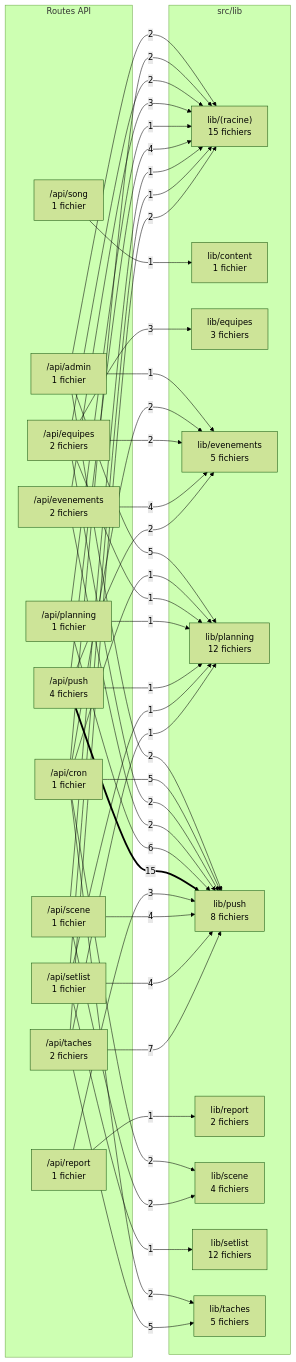
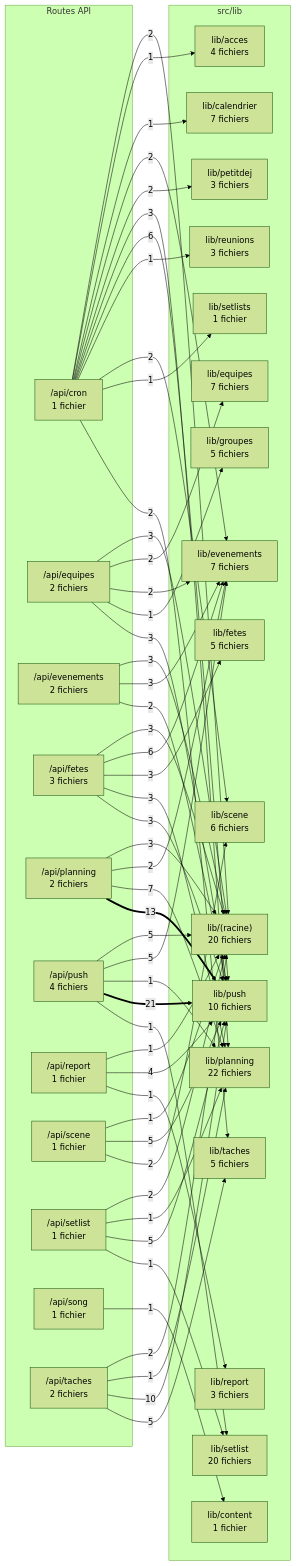
Before and after one commit to gcccfranco/GCC: the diagram in docs/diagrammes/43-dependances-api.mmd, drawn with Mermaid (forest theme). The commit also changed 39 other files, not shown here.

First line of the commit message:
B6c (corrections de l'audit) : ARCHITECTURE.md par ses sources, ligne PWA du CLAUDE.md

```diff
--- a/docs/diagrammes/43-dependances-api.mmd
+++ b/docs/diagrammes/43-dependances-api.mmd
@@ -1,66 +1,82 @@
 %% Généré par scripts/diagrammes/generer.ts (dependency-cruiser). Ne pas modifier à la main.
 flowchart LR
   subgraph C0["Routes API"]
-    n0["/api/admin<br/>1 fichier"]
-    n1["/api/cron<br/>1 fichier"]
-    n2["/api/equipes<br/>2 fichiers"]
-    n3["/api/evenements<br/>2 fichiers"]
-    n4["/api/planning<br/>1 fichier"]
+    n0["/api/cron<br/>1 fichier"]
+    n1["/api/equipes<br/>2 fichiers"]
+    n2["/api/evenements<br/>2 fichiers"]
+    n3["/api/fetes<br/>3 fichiers"]
+    n4["/api/planning<br/>2 fichiers"]
     n5["/api/push<br/>4 fichiers"]
     n6["/api/report<br/>1 fichier"]
     n7["/api/scene<br/>1 fichier"]
     n8["/api/setlist<br/>1 fichier"]
     n9["/api/song<br/>1 fichier"]
     n10["/api/taches<br/>2 fichiers"]
   end
   subgraph C1["src/lib"]
-    n11["lib/(racine)<br/>15 fichiers"]
-    n12["lib/content<br/>1 fichier"]
-    n13["lib/equipes<br/>3 fichiers"]
-    n14["lib/evenements<br/>5 fichiers"]
-    n15["lib/planning<br/>12 fichiers"]
-    n16["lib/push<br/>8 fichiers"]
-    n17["lib/report<br/>2 fichiers"]
-    n18["lib/scene<br/>4 fichiers"]
-    n19["lib/setlist<br/>12 fichiers"]
-    n20["lib/taches<br/>5 fichiers"]
+    n11["lib/(racine)<br/>20 fichiers"]
+    n12["lib/acces<br/>4 fichiers"]
+    n13["lib/calendrier<br/>7 fichiers"]
+    n14["lib/content<br/>1 fichier"]
+    n15["lib/equipes<br/>7 fichiers"]
+    n16["lib/evenements<br/>7 fichiers"]
+    n17["lib/fetes<br/>5 fichiers"]
+    n18["lib/groupes<br/>5 fichiers"]
+    n19["lib/petitdej<br/>3 fichiers"]
+    n20["lib/planning<br/>22 fichiers"]
+    n21["lib/push<br/>10 fichiers"]
+    n22["lib/report<br/>3 fichiers"]
+    n23["lib/reunions<br/>3 fichiers"]
+    n24["lib/scene<br/>6 fichiers"]
+    n25["lib/setlist<br/>20 fichiers"]
+    n26["lib/setlists<br/>1 fichier"]
+    n27["lib/taches<br/>5 fichiers"]
   end
   n0 -->|2| n11
-  n0 -->|1| n14
-  n0 -->|5| n15
+  n0 -->|1| n12
+  n0 -->|1| n13
   n0 -->|2| n16
-  n1 -->|2| n11
-  n1 -->|2| n14
-  n1 -->|1| n15
-  n1 -->|5| n16
-  n1 -->|2| n18
-  n1 -->|2| n20
-  n2 -->|2| n11
-  n2 -->|3| n13
-  n2 -->|2| n14
-  n2 -->|1| n15
-  n2 -->|2| n16
+  n0 -->|2| n19
+  n0 -->|3| n20
+  n0 -->|6| n21
+  n0 -->|1| n23
+  n0 -->|2| n24
+  n0 -->|1| n26
+  n0 -->|2| n27
+  n1 -->|3| n11
+  n1 -->|2| n15
+  n1 -->|2| n16
+  n1 -->|1| n18
+  n1 -->|3| n21
+  n2 -->|3| n11
+  n2 -->|3| n16
+  n2 -->|2| n21
   n3 -->|3| n11
-  n3 -->|4| n14
-  n3 -->|2| n16
-  n4 -->|1| n11
-  n4 -->|1| n15
-  n4 -->|6| n16
-  n5 -->|4| n11
-  n5 -->|2| n14
-  n5 -->|1| n15
-  n5 ==>|15| n16
-  n6 -->|3| n16
-  n6 -->|1| n17
+  n3 -->|6| n16
+  n3 -->|3| n17
+  n3 -->|3| n20
+  n3 -->|3| n21
+  n4 -->|3| n11
+  n4 -->|2| n16
+  n4 -->|7| n20
+  n4 ==>|13| n21
+  n5 -->|5| n11
+  n5 -->|5| n16
+  n5 -->|1| n20
+  n5 ==>|21| n21
+  n5 -->|1| n25
+  n6 -->|1| n11
+  n6 -->|4| n21
+  n6 -->|1| n22
   n7 -->|1| n11
-  n7 -->|4| n16
-  n7 -->|2| n18
-  n8 -->|1| n11
-  n8 -->|1| n15
-  n8 -->|4| n16
-  n8 -->|1| n19
-  n9 -->|1| n12
+  n7 -->|5| n21
+  n7 -->|2| n24
+  n8 -->|2| n11
+  n8 -->|1| n20
+  n8 -->|5| n21
+  n8 -->|1| n25
+  n9 -->|1| n14
   n10 -->|2| n11
-  n10 -->|1| n15
-  n10 -->|7| n16
-  n10 -->|5| n20
+  n10 -->|1| n20
+  n10 -->|10| n21
+  n10 -->|5| n27
```
